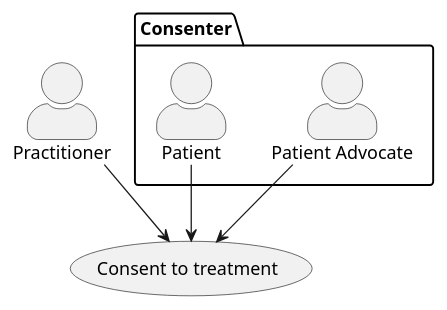
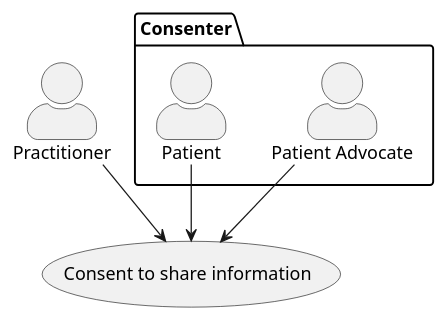
The diagram in input/images-source/consent-usecase.plantuml (NHSDigital/ra-sandbox), drawn with PlantUML before and after one commit. The commit also changed 2 other files, not shown here.

```diff
--- a/input/images-source/consent-usecase.plantuml
+++ b/input/images-source/consent-usecase.plantuml
@@ -1,17 +1,17 @@
 @startuml
 
 skinparam actorStyle awesome
 
 actor Practitioner as pra
 package Consenter {
   actor "Patient Advocate" as pad
   actor Patient as pat
 }
 
-usecase "Consent to treatment" as CON
+usecase "Consent to share information" as CON
 
 pat --> CON
 pad --> CON
 pra --> CON
 
 @enduml
```
